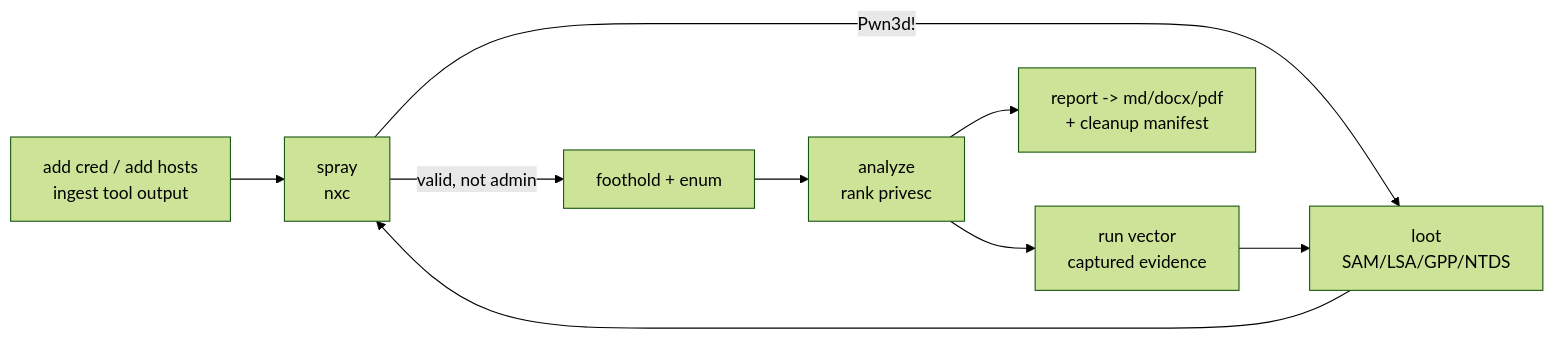
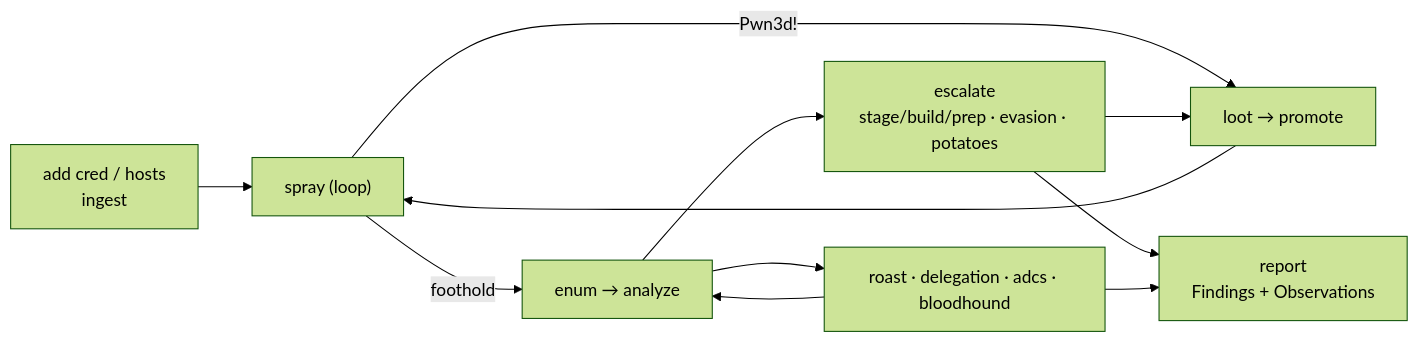
The diagram in README.md (dloucks01/fieldkit), drawn with Mermaid (forest theme) before and after one commit. The commit also changed other lines of this file and 84 other files, not shown here.

First line of the commit message:
cleanup: retire v1 (archive/, report/) and modernize the docs

````diff
--- a/README.md
+++ b/README.md
@@ -164,8 +121,10 @@
 ```mermaid
 flowchart LR
-  I[add cred / add hosts<br/>ingest tool output] --> S[spray<br/>nxc]
-  S -->|Pwn3d!| L[loot<br/>SAM/LSA/GPP/NTDS] --> S
-  S -->|valid, not admin| F[foothold + enum] --> A[analyze<br/>rank privesc]
-  A --> R[run vector<br/>captured evidence] --> L
-  A --> RP[report -> md/docx/pdf<br/>+ cleanup manifest]
+  I["add cred / hosts<br/>ingest"] --> S["spray (loop)"]
+  S -->|Pwn3d!| L["loot → promote"] --> S
+  S -->|foothold| E["enum → analyze"]
+  E --> X["escalate<br/>stage/build/prep · evasion · potatoes"] --> L
+  E --> AD["roast · delegation · adcs · bloodhound"] --> E
+  X --> RP["report<br/>Findings + Observations"]
+  AD --> RP
 ```
````
